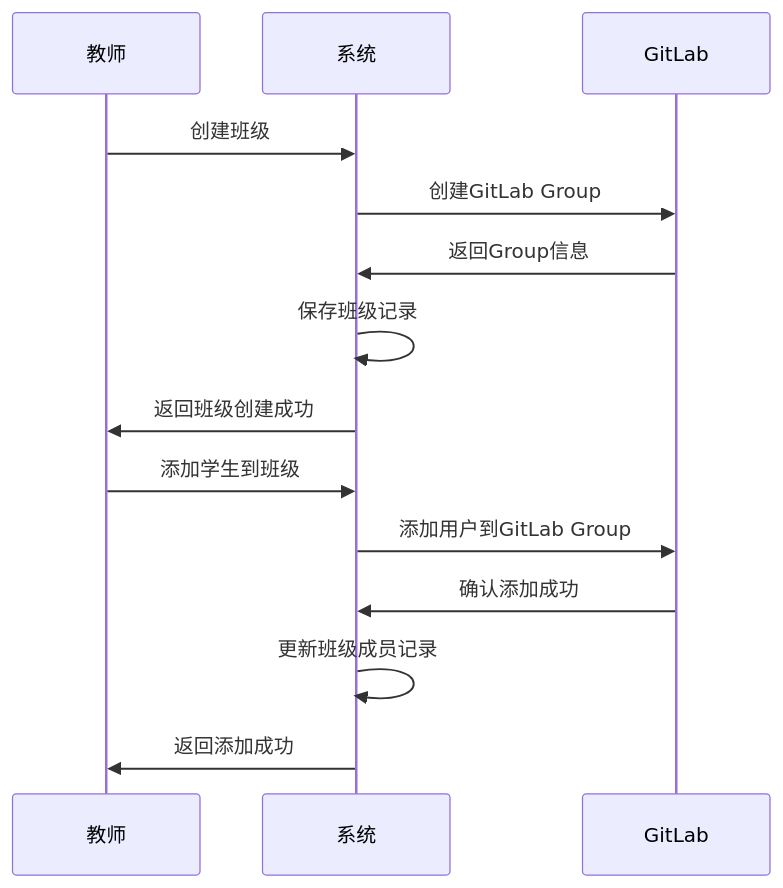
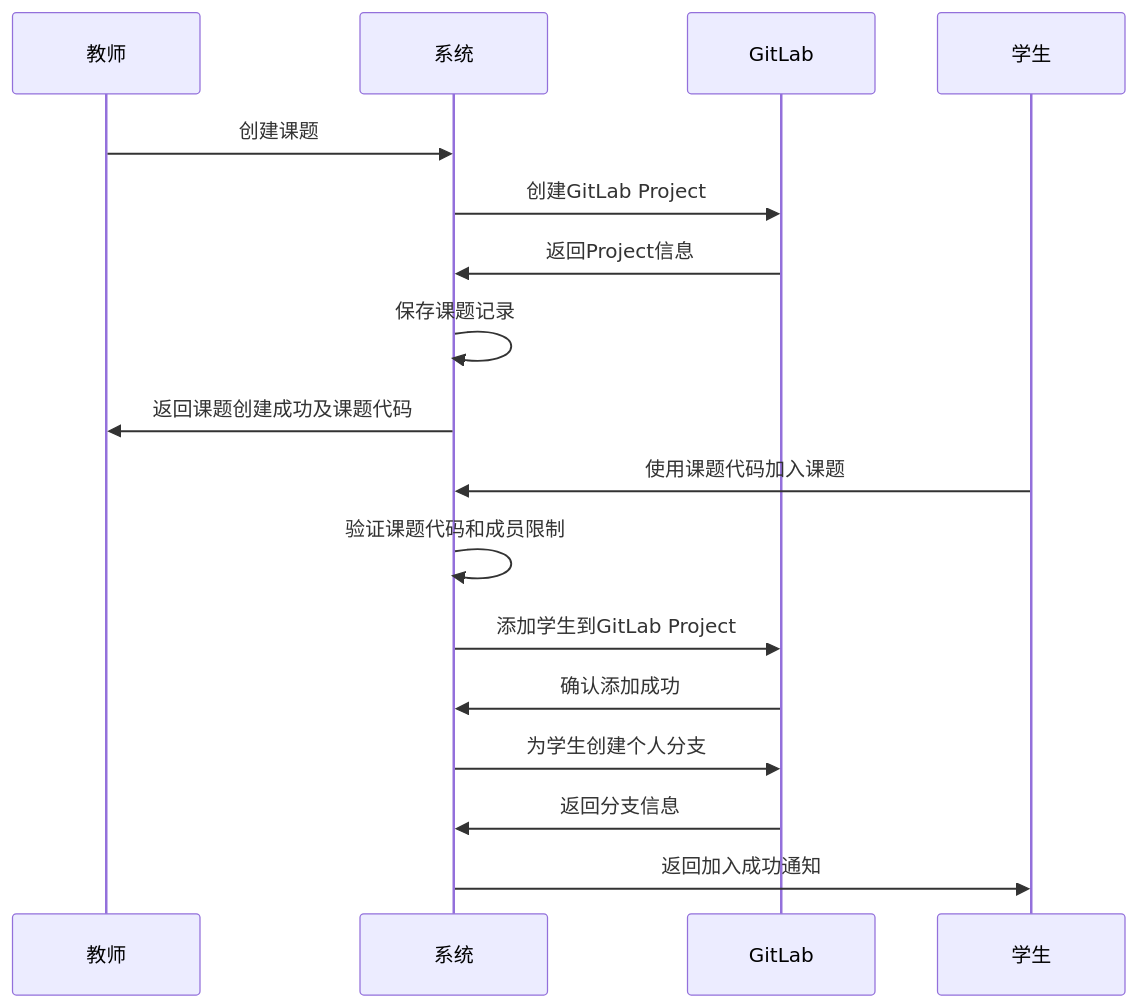
The second of 4 diagrams in docs/SOLUTION.md (richenlin/gitlabex), drawn with Mermaid before and after one commit. The commit also changed other lines of this file and 36 other files, not shown here.

````diff
--- a/docs/SOLUTION.md
+++ b/docs/SOLUTION.md
@@ -116,18 +116,21 @@
 ```mermaid
 sequenceDiagram
     participant T as 教师
     participant S as 系统
     participant G as GitLab
+    participant St as 学生
     
-    T->>S: 创建班级
-    S->>G: 创建GitLab Group
-    G->>S: 返回Group信息
-    S->>S: 保存班级记录
-    S->>T: 返回班级创建成功
+    T->>S: 创建课题
+    S->>G: 创建GitLab Project
+    G->>S: 返回Project信息
+    S->>S: 保存课题记录
+    S->>T: 返回课题创建成功及课题代码
     
-    T->>S: 添加学生到班级
-    S->>G: 添加用户到GitLab Group
+    St->>S: 使用课题代码加入课题
+    S->>S: 验证课题代码和成员限制
+    S->>G: 添加学生到GitLab Project
     G->>S: 确认添加成功
-    S->>S: 更新班级成员记录
-    S->>T: 返回添加成功
+    S->>G: 为学生创建个人分支
+    G->>S: 返回分支信息
+    S->>St: 返回加入成功通知
 ```
````
